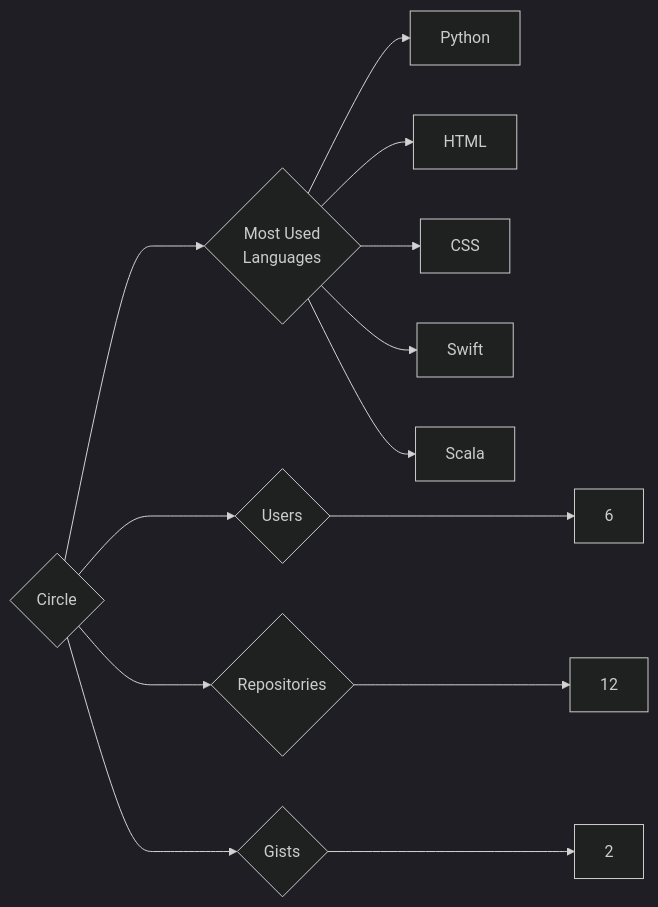
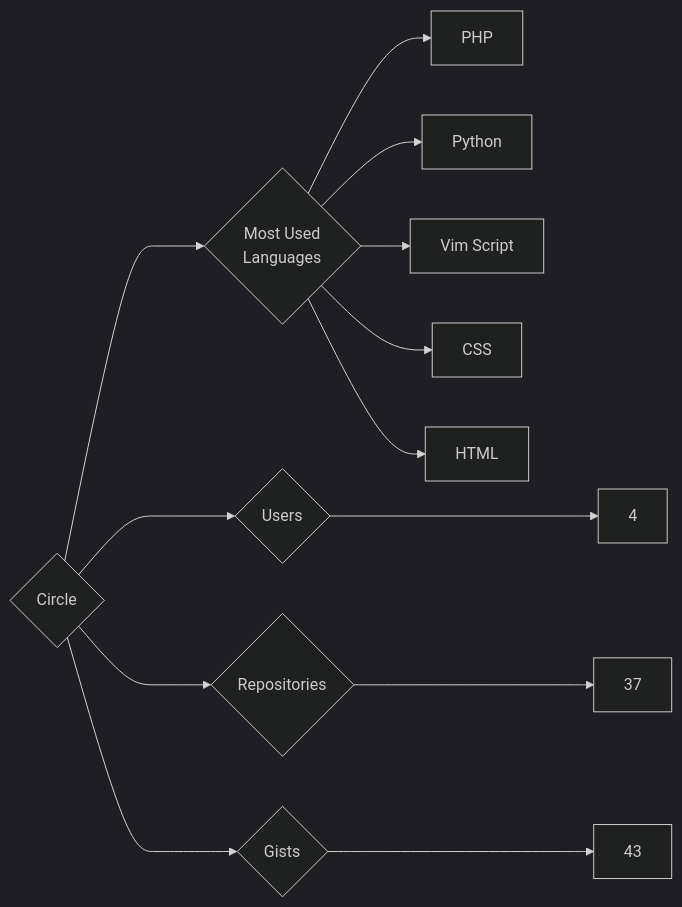
Before and after one commit to trickest/insiders: the diagram in targets/Circle/README.md, drawn with Mermaid (dark theme). The commit also changed 1148 other files, not shown here.

````diff
--- a/targets/Circle/README.md
+++ b/targets/Circle/README.md
@@ -3,13 +3,13 @@
 ```mermaid
 graph LR
 COMPANY_NAME{Circle}
-COMPANY_NAME ---> U{Users} ---> UN[6]
-COMPANY_NAME ---> R{Repositories} ---> RN[12]
-COMPANY_NAME ---> G{Gists} ---> GN[2]
+COMPANY_NAME ---> U{Users} ---> UN[4]
+COMPANY_NAME ---> R{Repositories} ---> RN[37]
+COMPANY_NAME ---> G{Gists} ---> GN[43]
 COMPANY_NAME ---> ML{Most Used<br>Languages}
+ML --> PHP[PHP]
 ML --> Python[Python]
+ML --> Vim_Script[Vim Script]
+ML --> CSS[CSS]
 ML --> HTML[HTML]
-ML --> CSS[CSS]
-ML --> Swift[Swift]
-ML --> Scala[Scala]
 ```
````
